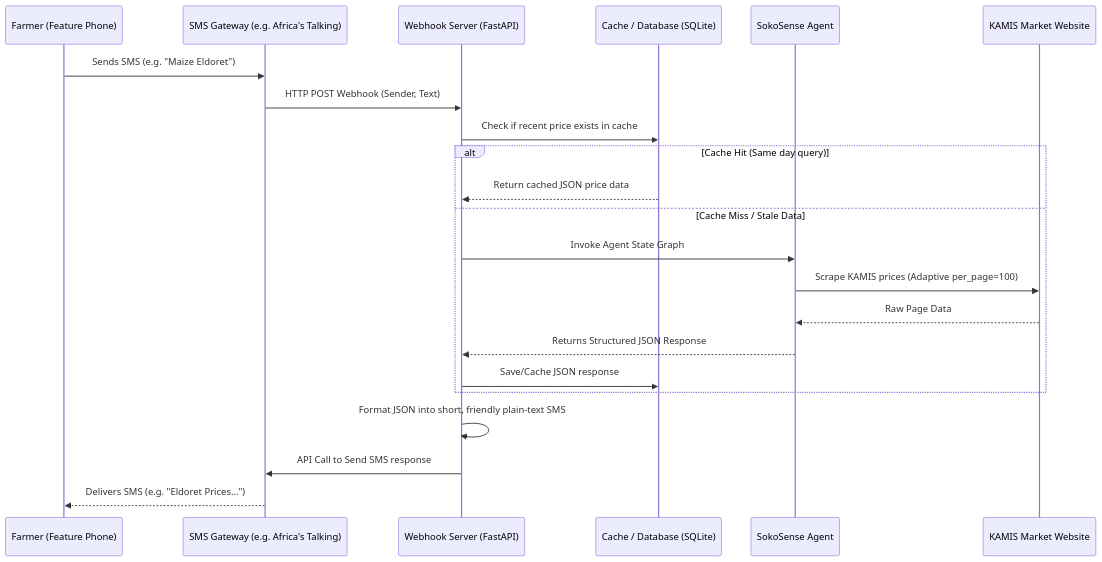
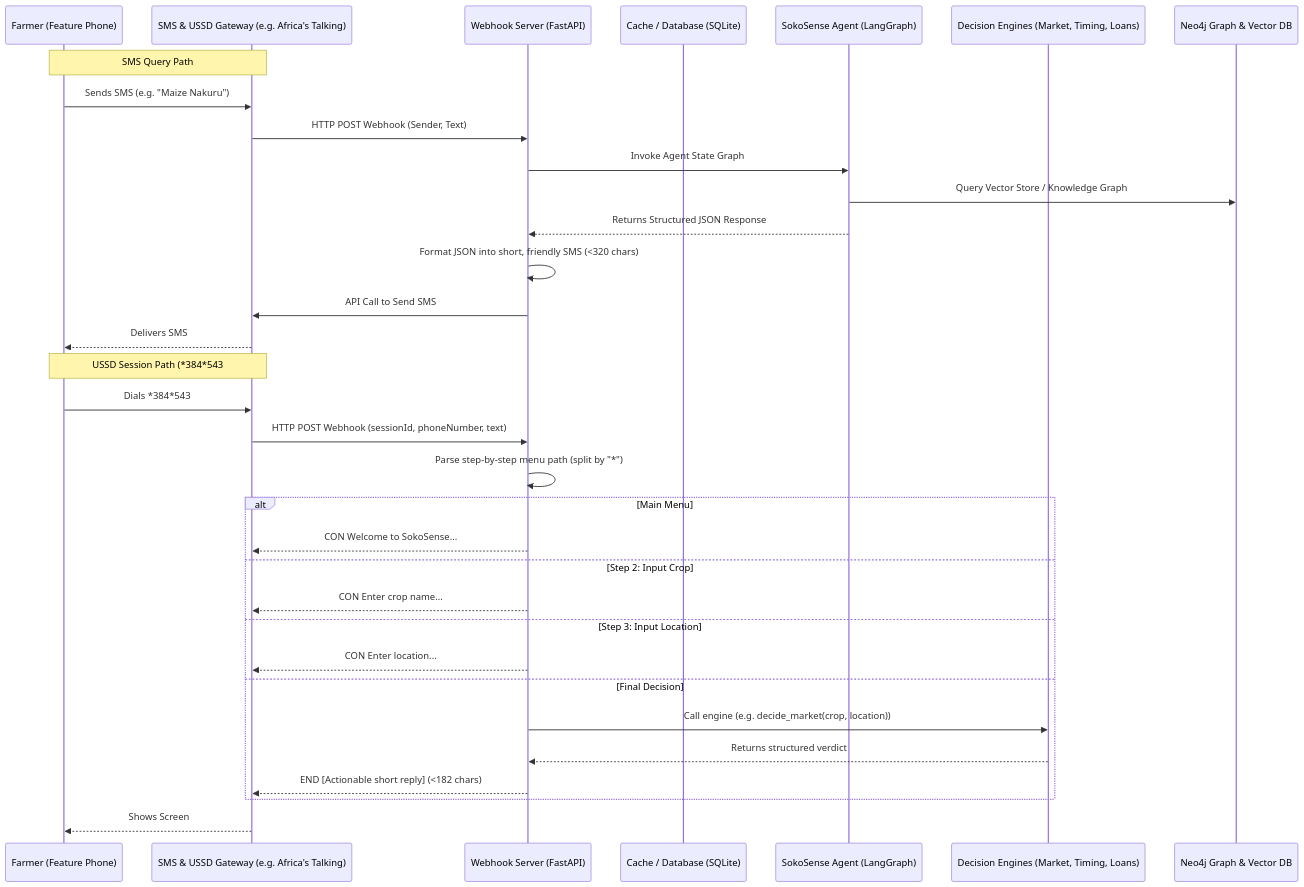
The diagram in docs/sms_integration_plan.md (Sophie-Muchiri12/SokoSense), drawn with Mermaid before and after one commit. The commit also changed other lines of this file and 1 other file, not shown here.

Commit message:
fixed bug in the agent and modified the sms integation plan

````diff
--- a/docs/sms_integration_plan.md
+++ b/docs/sms_integration_plan.md
@@ -9,27 +9,37 @@
 ```mermaid
 sequenceDiagram
     participant Farmer as Farmer (Feature Phone)
-    participant Gateway as SMS Gateway (e.g. Africa's Talking)
+    participant Gateway as SMS & USSD Gateway (e.g. Africa's Talking)
     participant Webhook as Webhook Server (FastAPI)
     participant Cache as Cache / Database (SQLite)
-    participant Agent as SokoSense Agent
-    participant KAMIS as KAMIS Market Website
+    participant Agent as SokoSense Agent (LangGraph)
+    participant Engines as Decision Engines (Market, Timing, Loans)
+    participant Neo4j as Neo4j Graph & Vector DB
 
-    Farmer->>Gateway: Sends SMS (e.g. "Maize Eldoret")
+    Note over Farmer, Gateway: SMS Query Path
+    Farmer->>Gateway: Sends SMS (e.g. "Maize Nakuru")
     Gateway->>Webhook: HTTP POST Webhook (Sender, Text)
-    Webhook->>Cache: Check if recent price exists in cache
-    
-    alt Cache Hit (Same day query)
-        Cache-->>Webhook: Return cached JSON price data
-    else Cache Miss / Stale Data
-        Webhook->>Agent: Invoke Agent State Graph
-        Agent->>KAMIS: Scrape KAMIS prices (Adaptive per_page=100)
-        KAMIS-->>Agent: Raw Page Data
-        Agent-->>Webhook: Returns Structured JSON Response
-        Webhook->>Cache: Save/Cache JSON response
+    Webhook->>Agent: Invoke Agent State Graph
+    Agent->>Neo4j: Query Vector Store / Knowledge Graph
+    Agent-->>Webhook: Returns Structured JSON Response
+    Webhook->>Webhook: Format JSON into short, friendly SMS (<320 chars)
+    Webhook->>Gateway: API Call to Send SMS
+    Gateway-->>Farmer: Delivers SMS
+
+    Note over Farmer, Gateway: USSD Session Path (*384*543#)
+    Farmer->>Gateway: Dials *384*543#
+    Gateway->>Webhook: HTTP POST Webhook (sessionId, phoneNumber, text)
+    Webhook->>Webhook: Parse step-by-step menu path (split by "*")
+    alt Main Menu
+        Webhook-->>Gateway: CON Welcome to SokoSense...
+    else Step 2: Input Crop
+        Webhook-->>Gateway: CON Enter crop name...
+    else Step 3: Input Location
+        Webhook-->>Gateway: CON Enter location...
+    else Final Decision
+        Webhook->>Engines: Call engine (e.g. decide_market(crop, location))
+        Engines-->>Webhook: Returns structured verdict
+        Webhook-->>Gateway: END [Actionable short reply] (<182 chars)
     end
-
-    Webhook->>Webhook: Format JSON into short, friendly plain-text SMS
-    Webhook->>Gateway: API Call to Send SMS response
-    Gateway-->>Farmer: Delivers SMS (e.g. "Eldoret Prices...")
+    Gateway-->>Farmer: Shows Screen
 ```
````
